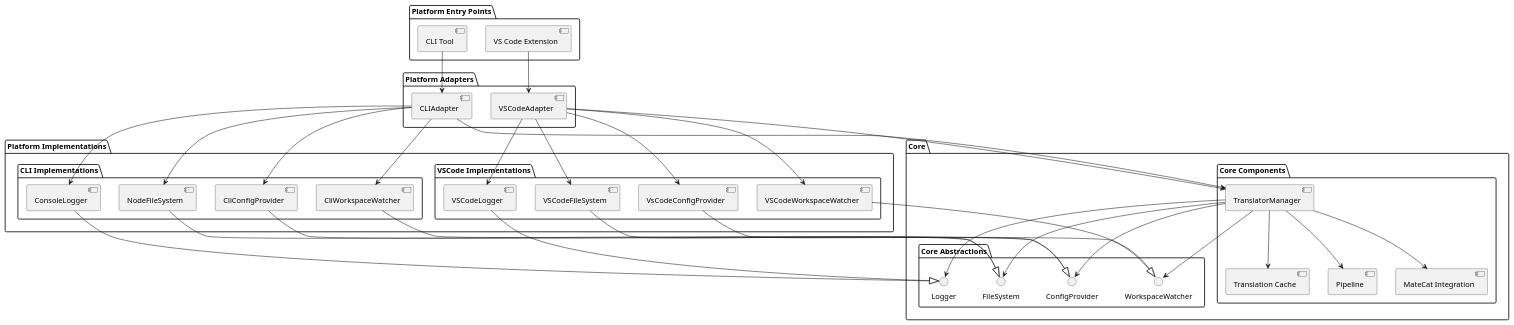
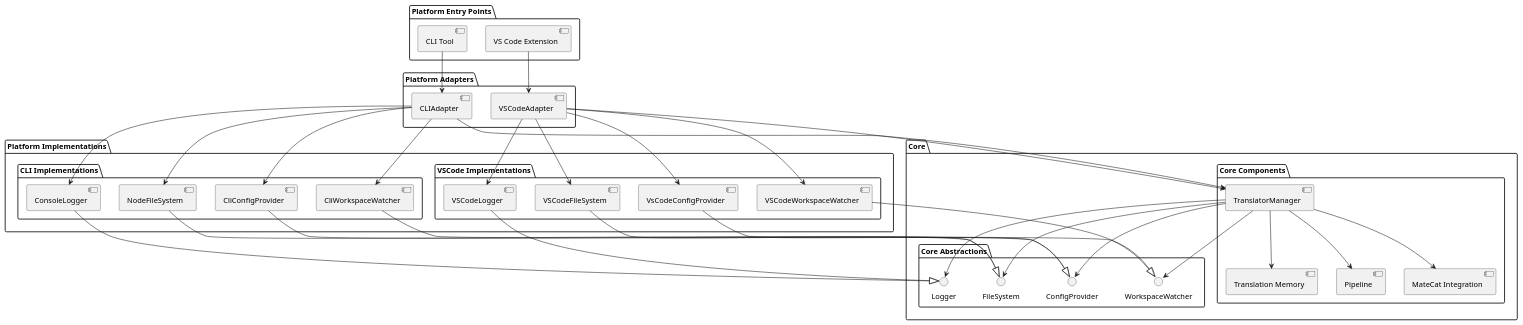
Before and after one commit to appsitu-com/i18n-translator-sync: the first of 4 diagrams in doc/Architecture.md, drawn with PlantUML. The commit also changed other lines of this file and 37 other files, not shown here.

First line of the commit message:
refactor: rename cache to translation memory (TM) terminology

````diff
--- a/doc/Architecture.md
+++ b/doc/Architecture.md
@@ -17,82 +17,82 @@
 ```plantuml
 @startuml
 
 package "Platform Entry Points" {
   [VS Code Extension] as VsExt
   [CLI Tool] as CLI
 }
 
 package "Platform Adapters" {
   [VSCodeAdapter] as VsAdapter
   [CLIAdapter] as CliAdapter
 }
 
 package "Platform Implementations" {
   package "VSCode Implementations" {
     [VSCodeFileSystem]
     [VSCodeLogger]
     [VSCodeWorkspaceWatcher]
     [VsCodeConfigProvider]
   }
 
   package "CLI Implementations" {
     [NodeFileSystem]
     [ConsoleLogger]
     [CliWorkspaceWatcher]
     [CliConfigProvider]
   }
 }
 
 package "Core" {
   package "Core Components" {
     [TranslatorManager]
     [Pipeline]
     [MateCat Integration]
-    [Translation Cache]
+    [Translation Memory]
   }
 
   package "Core Abstractions" {
     interface "FileSystem" as IFileSystem
     interface "Logger" as ILogger
     interface "WorkspaceWatcher" as IWatcher
     interface "ConfigProvider" as IConfig
   }
 }
 
 VsExt --> VsAdapter
 CLI --> CliAdapter
 
 VsAdapter --> TranslatorManager
 CliAdapter --> TranslatorManager
 
 TranslatorManager --> Pipeline
 TranslatorManager --> "MateCat Integration"
-TranslatorManager --> "Translation Cache"
+TranslatorManager --> "Translation Memory"
 
 TranslatorManager --> IFileSystem
 TranslatorManager --> ILogger
 TranslatorManager --> IWatcher
 TranslatorManager --> IConfig
 
 VSCodeFileSystem --|> IFileSystem
 VSCodeLogger --|> ILogger
 VSCodeWorkspaceWatcher --|> IWatcher
 VsCodeConfigProvider --|> IConfig
 
 NodeFileSystem --|> IFileSystem
 ConsoleLogger --|> ILogger
 CliWorkspaceWatcher --|> IWatcher
 CliConfigProvider --|> IConfig
 
 VsAdapter --> VSCodeFileSystem
 VsAdapter --> VSCodeLogger
 VsAdapter --> VSCodeWorkspaceWatcher
 VsAdapter --> VsCodeConfigProvider
 
 CliAdapter --> NodeFileSystem
 CliAdapter --> ConsoleLogger
 CliAdapter --> CliWorkspaceWatcher
 CliAdapter --> CliConfigProvider
 
 @enduml
 ```
````
